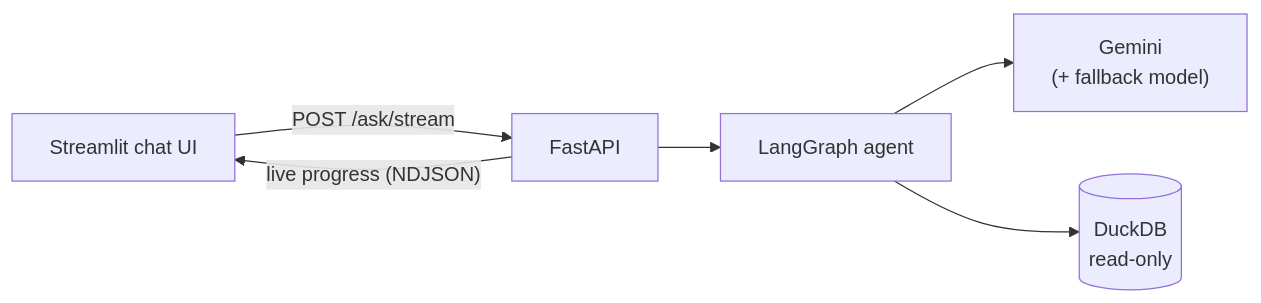
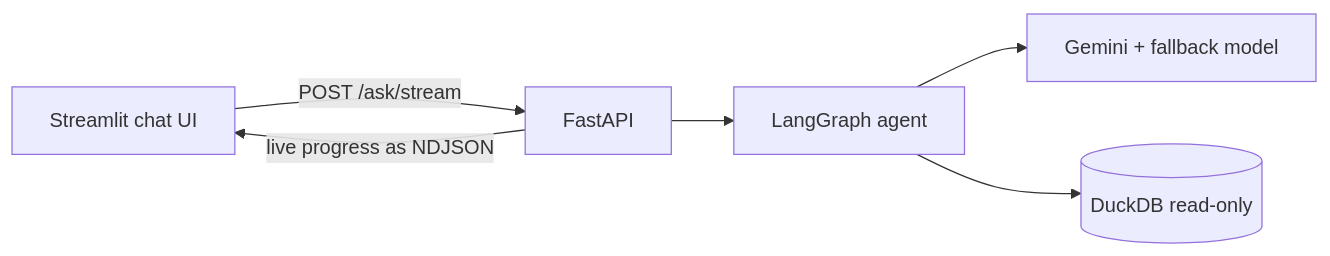
Before and after one commit to amang3196/data_analyst_agent: the second of 2 diagrams in README.md, drawn with Mermaid.

````diff
--- a/README.md
+++ b/README.md
@@ -87,8 +87,8 @@
 ```mermaid
 flowchart LR
-    UI["Streamlit chat UI"] -- "POST /ask/stream" --> API["FastAPI"]
-    API -- "live progress (NDJSON)" --> UI
-    API --> G["LangGraph agent"]
-    G --> LLM["Gemini<br/>(+ fallback model)"]
-    G --> DB[("DuckDB<br/>read-only")]
+    UI[Streamlit chat UI] -->|POST /ask/stream| API[FastAPI]
+    API -->|live progress as NDJSON| UI
+    API --> G[LangGraph agent]
+    G --> LLM[Gemini + fallback model]
+    G --> DB[(DuckDB read-only)]
 ```
````
